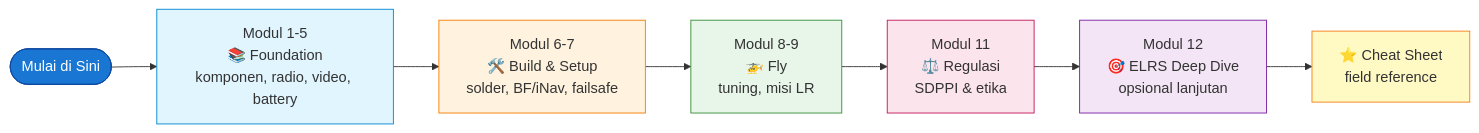
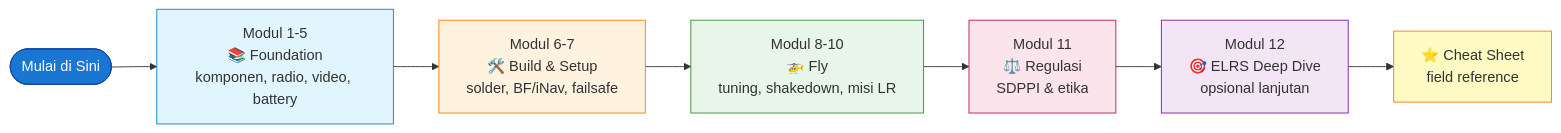
Before and after one commit to edhotp/Belajar-FPV-Long-Range: the first of 3 diagrams in README.md, drawn with Mermaid. The commit also changed other lines of this file and 2 other files, not shown here.

Commit message:
fix: chart Mermaid 02-komponen & CHEAT-SHEET + sinkronisasi peta belajar README
- 02-komponen.md: quote dotted edge label 'RF 2.4GHz' (titik di dalam
  label dotted-arrow membingungkan parser)
- CHEAT-SHEET.md: ganti '7"' jadi '7 inch' di node label (quote di
  dalam label tanpa di-escape memicu parse error)
- README.md: peta belajar disesuaikan jadi 12 modul (Modul 8-10 Fly,
  total 12 modul) setelah penambahan Modul 9 Pre-Mission Shakedown
- Validasi: 106/106 chart Mermaid lulus mmdc render

````diff
--- a/README.md
+++ b/README.md
@@ -49,24 +49,24 @@
 ```mermaid
 flowchart LR
     Start([Mulai di Sini]) --> M1[Modul 1-5<br/>📚 Foundation<br/>komponen, radio, video, battery]
-    M1 --> M2[Modul 6-7<br/>🛠️ Build & Setup<br/>solder, BF/iNav, failsafe]
-    M2 --> M3[Modul 8-9<br/>🚁 Fly<br/>tuning, misi LR]
-    M3 --> M4[Modul 11<br/>⚖️ Regulasi<br/>SDPPI & etika]
-    M4 --> Bonus[Modul 12<br/>🎯 ELRS Deep Dive<br/>opsional lanjutan]
+    M1 --> M2["Modul 6-7<br/>🛠️ Build & Setup<br/>solder, BF/iNav, failsafe"]
+    M2 --> M3["Modul 8-10<br/>🚁 Fly<br/>tuning, shakedown, misi LR"]
+    M3 --> M4["Modul 11<br/>⚖️ Regulasi<br/>SDPPI & etika"]
+    M4 --> Bonus["Modul 12<br/>🎯 ELRS Deep Dive<br/>opsional lanjutan"]
     Bonus --> CS[⭐ Cheat Sheet<br/>field reference]
 
     classDef start fill:#1976d2,color:#fff,stroke:#0d47a1
     classDef found fill:#e1f5ff,stroke:#0288d1
     classDef build fill:#fff3e0,stroke:#f57c00
     classDef fly fill:#e8f5e9,stroke:#388e3c
     classDef law fill:#fce4ec,stroke:#c2185b
     classDef deep fill:#f3e5f5,stroke:#7b1fa2
     classDef cheat fill:#fff9c4,stroke:#f57f17
     class Start start
     class M1 found
     class M2 build
     class M3 fly
     class M4 law
     class Bonus deep
     class CS cheat
 ```
````
